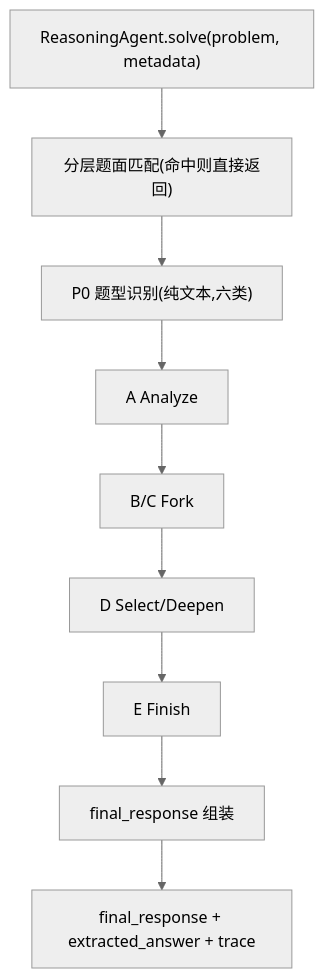
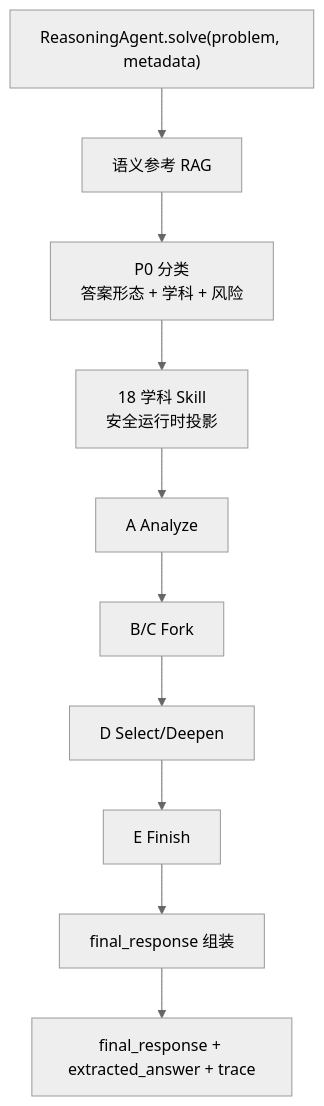
Before and after one commit to RUSS0718/Challenge-Cup-2026: the first of 2 diagrams in README.md, drawn with Mermaid (neutral theme). The commit also changed other lines of this file, not shown here.

Commit message:
docs(agent): update rag skill data flow

````diff
--- a/README.md
+++ b/README.md
@@ -17,11 +17,12 @@
 ```mermaid
 flowchart TD
-    entry["ReasoningAgent.solve(problem, metadata)"] --> bank["分层题面匹配(命中则直接返回)"]
-    bank --> classify["P0 题型识别(纯文本,六类)"]
-    classify --> analyze["A Analyze"]
+    entry["ReasoningAgent.solve(problem, metadata)"] --> rag["语义参考 RAG"]
+    rag --> classify["P0 分类<br/>答案形态 + 学科 + 风险"]
+    classify --> skill["18 学科 Skill<br/>安全运行时投影"]
+    skill --> analyze["A Analyze"]
     analyze --> fork["B/C Fork"]
     fork --> deepen["D Select/Deepen"]
     deepen --> finish["E Finish"]
     finish --> finalize["final_response 组装"]
     finalize --> out["final_response + extracted_answer + trace"]
 ```
````
